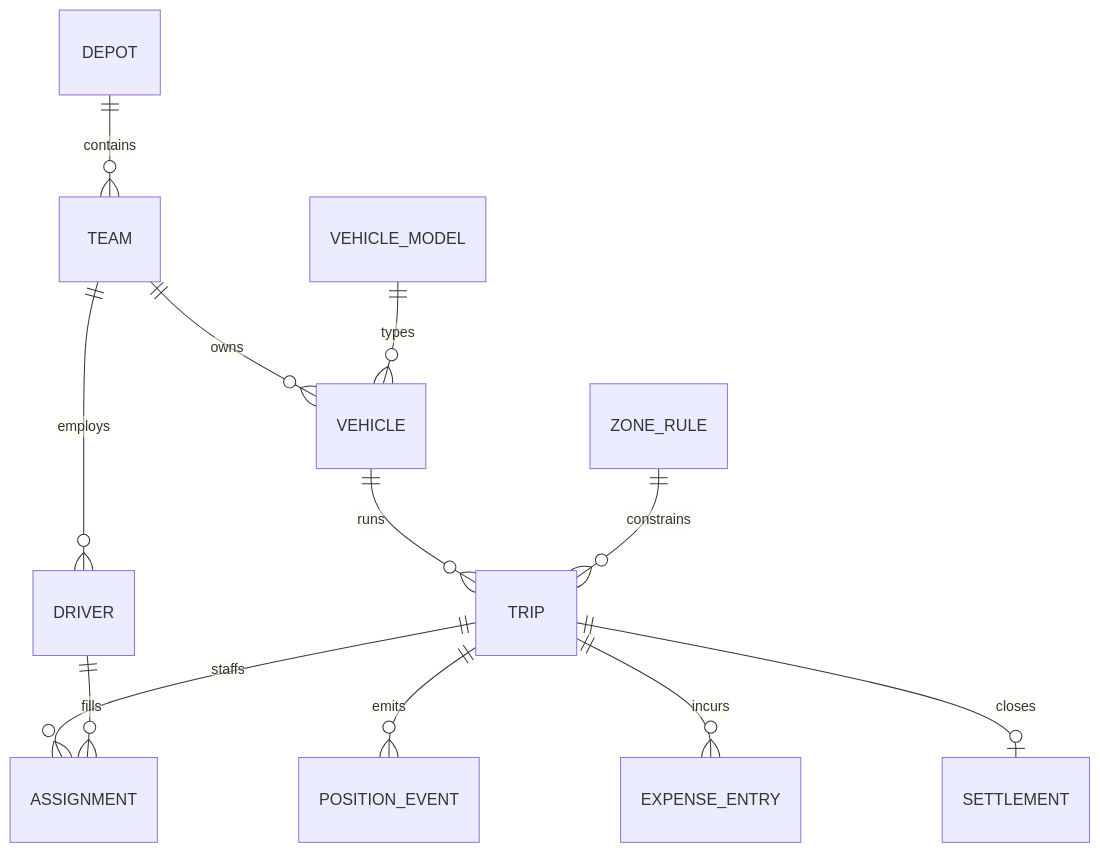
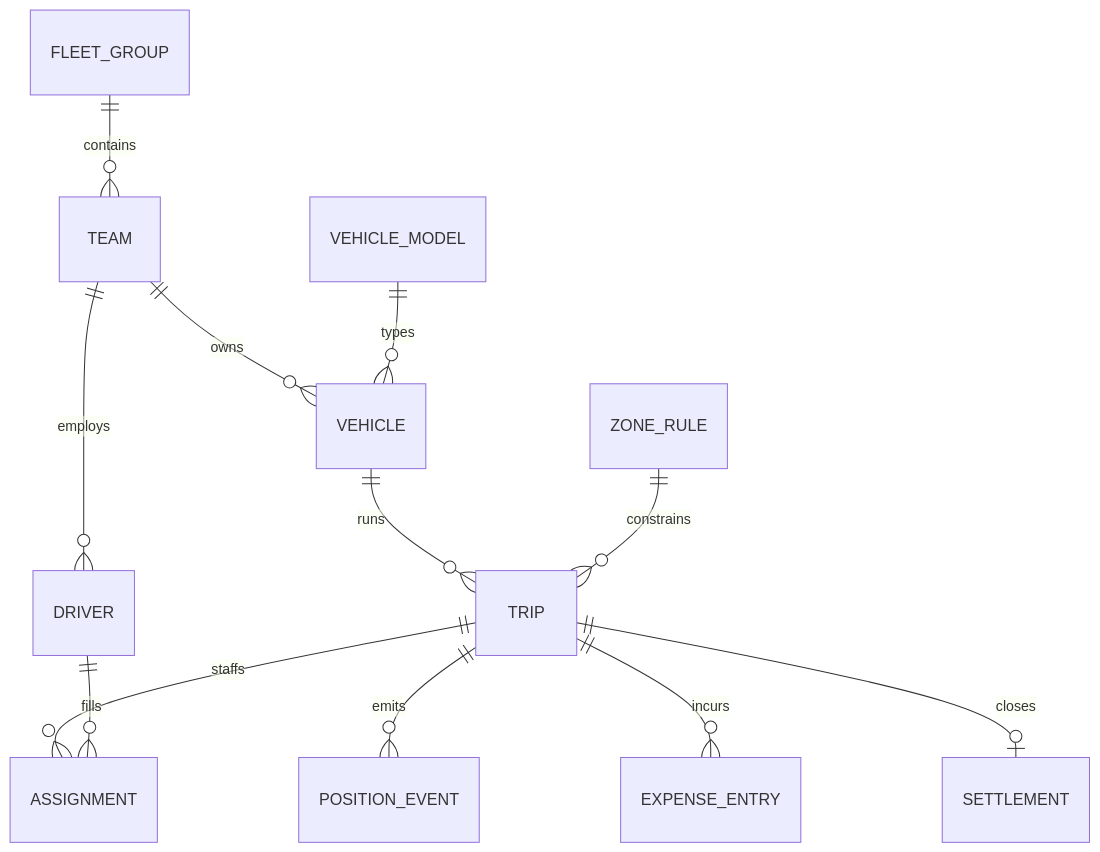
Before and after one commit to BlackPool25/ZonePilot: the tenth of 10 diagrams in docs/10-PIM-PLATFORM-INDEPENDENT.md, drawn with Mermaid. The commit also changed other lines of this file and 12 other files, not shown here.

Commit message:
fix(frontend,db,docs): wave C — multi-group dashboard feed, replay/route null-guards, lazy replay chunk, V43 retire simulation_path, depot→group docs, WsBroadcastIT deflake

````diff
--- a/docs/10-PIM-PLATFORM-INDEPENDENT.md
+++ b/docs/10-PIM-PLATFORM-INDEPENDENT.md
@@ -236,14 +238,14 @@
 ```mermaid
 erDiagram
-    DEPOT ||--o{ TEAM : contains
+    FLEET_GROUP ||--o{ TEAM : contains
     TEAM ||--o{ VEHICLE : owns
     TEAM ||--o{ DRIVER : employs
     VEHICLE_MODEL ||--o{ VEHICLE : types
     TRIP ||--o{ ASSIGNMENT : staffs
     DRIVER ||--o{ ASSIGNMENT : fills
     VEHICLE ||--o{ TRIP : runs
     TRIP ||--o{ POSITION_EVENT : emits
     TRIP ||--o{ EXPENSE_ENTRY : incurs
     TRIP ||--o| SETTLEMENT : closes
     ZONE_RULE ||--o{ TRIP : constrains
 ```
````
